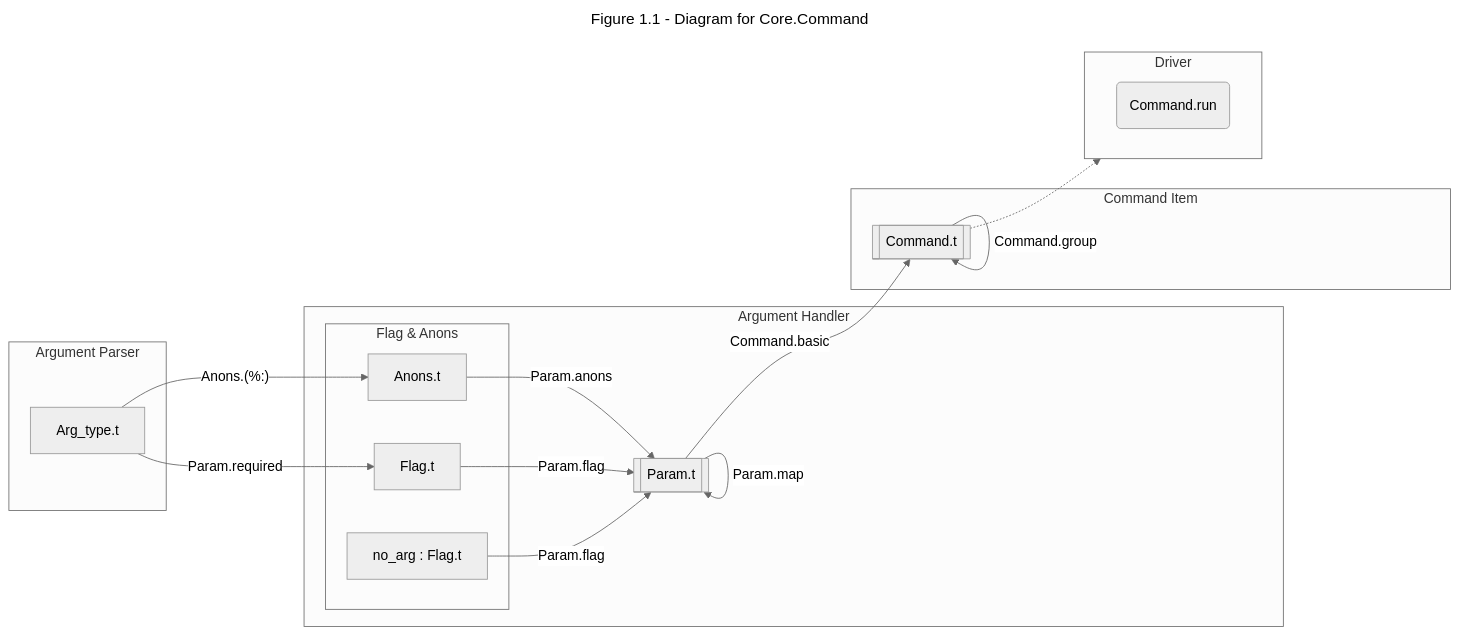
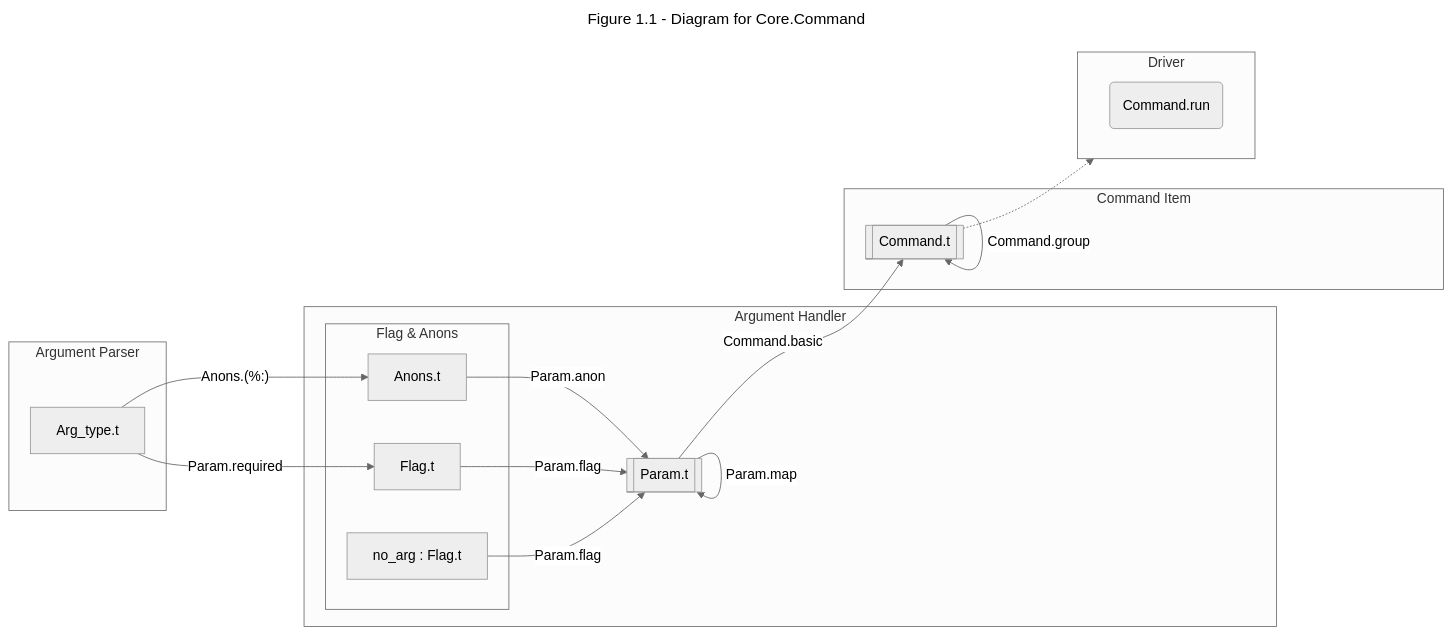
The first of 2 diagrams in src/libraries/argparse.md (fairyland-ocaml/fairyland-ocaml.github.io), drawn with Mermaid (neutral theme) before and after one commit. The commit also changed other lines of this file, not shown here.

````diff
--- a/src/libraries/argparse.md
+++ b/src/libraries/argparse.md
@@ -64,38 +62,38 @@
 ```mermaid
 ---
 title: Figure 1.1 - Diagram for Core.Command
 ---
 graph LR
   subgraph at [Argument Parser]
     AT[Arg_type.t]
   end
 
   subgraph sp [Argument Handler]
     subgraph fa [Flag & Anons]
       CA1[Anons.t]
       CF1[Flag.t]
       CF2[no_arg : Flag.t]
     end
 
     AT --> |"Anons.(%:)"| CA1
     AT --> |Param.required| CF1
 
     P0[[Param.t]] --> |"Param.map"| P0
 
-    CA1--> |Param.anons| P0
+    CA1--> |Param.anon| P0
     CF1 --> |Param.flag| P0
     CF2 --> |Param.flag| P0
   end
   
   subgraph sg [Command Item]
     C0[[Command.t]] --> | Command.group | C0
   end
 
   P0 --> |Command.basic| C0
 
   subgraph sd [Driver]
     direction LR
     Cr(Command.run)
     C0 -.-> Cr
   end
 ```
````
